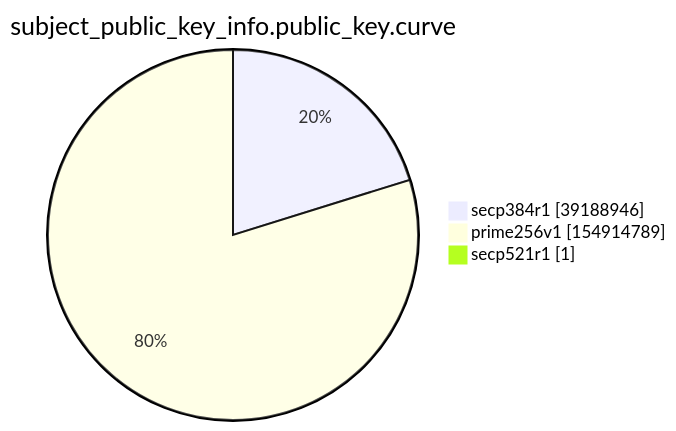
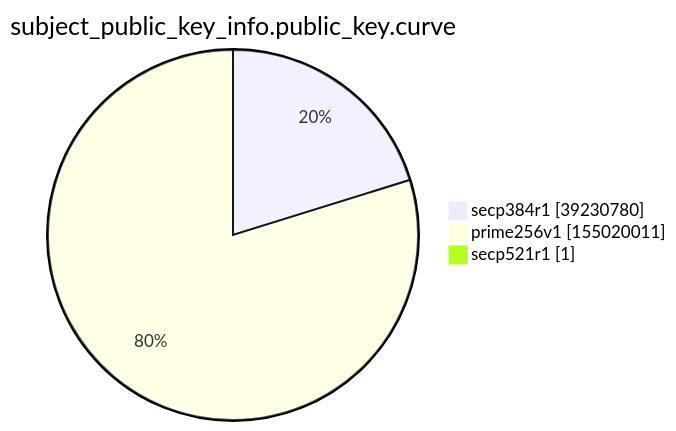
One commit to christiankrug/ctmonitor_visualization changed the ninth of 15 diagrams in xenon2022/README.md. Above: the diagram before and after it, drawn with Mermaid. The commit also changed other lines of this file, not shown here.

````diff
--- a/xenon2022/README.md
+++ b/xenon2022/README.md
@@ -2863,7 +2863,7 @@
 ```mermaid
 pie showData
 title subject_public_key_info.public_key.curve
-"secp384r1" :39188946
-"prime256v1" :154914789
+"secp384r1" :39230780
+"prime256v1" :155020011
 "secp521r1" :1
 ```
````
